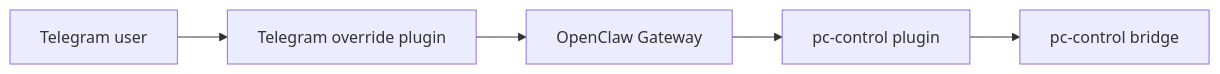
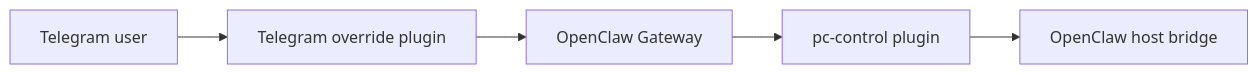
Before and after one commit to mfshaf7/openclaw-isolated-deployment: the diagram in openclaw-telegram-enhanced/README.md, drawn with Mermaid. The commit also changed other lines of this file and 16 other files, not shown here.

Commit message:
docs: rename bridge references to openclaw-host-bridge

````diff
--- a/openclaw-telegram-enhanced/README.md
+++ b/openclaw-telegram-enhanced/README.md
@@ -21,10 +21,10 @@
 ```mermaid
 flowchart LR
     User[Telegram user]
     Telegram[Telegram override plugin]
     Gateway[OpenClaw Gateway]
     PcControl[pc-control plugin]
-    Bridge[pc-control bridge]
+    Bridge[OpenClaw host bridge]
 
     User --> Telegram --> Gateway --> PcControl --> Bridge
 ```
````
